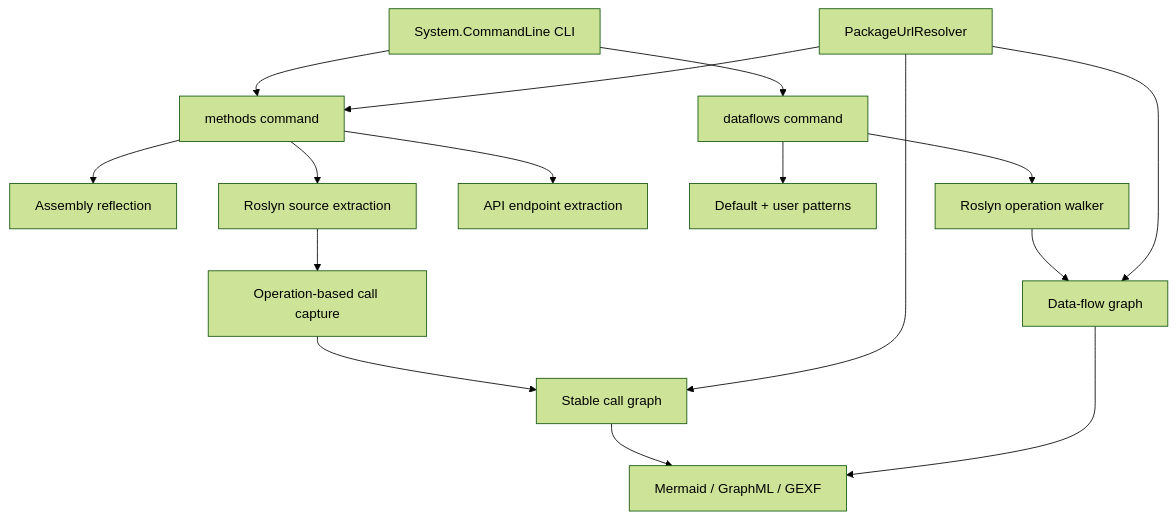
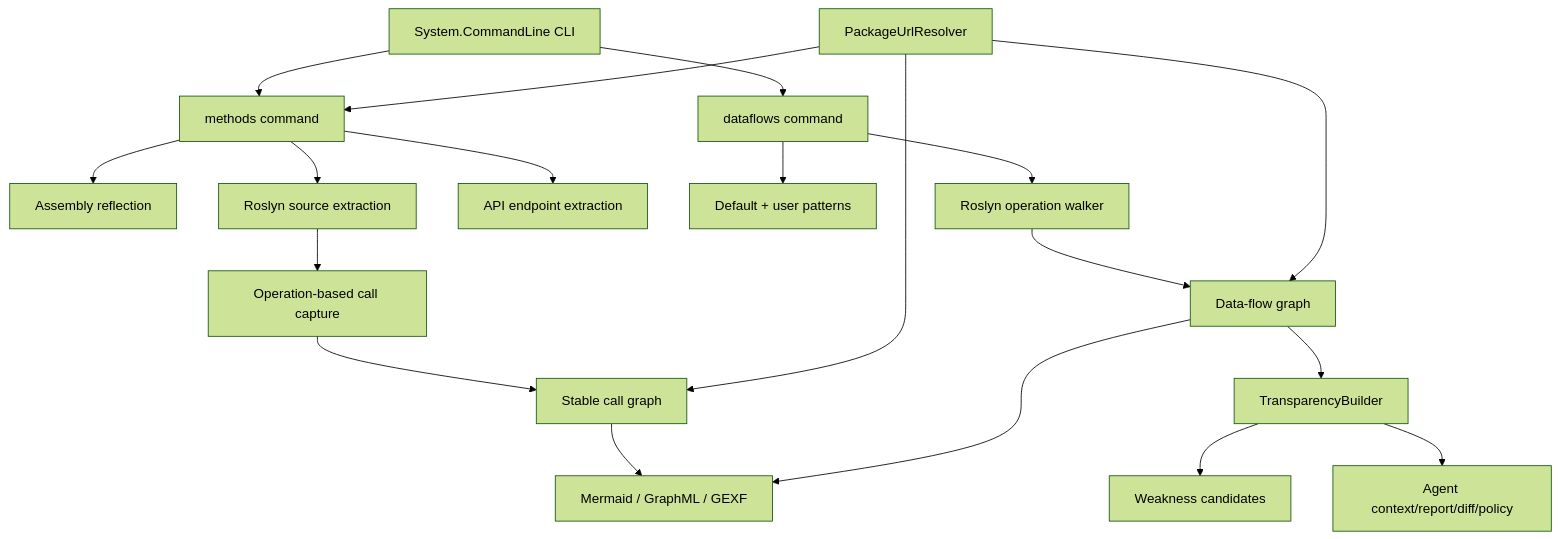
One commit to owasp-dep-scan/dosai changed the first of 2 diagrams in docs/compiler-engineering.md. Above: the diagram before and after it, drawn with Mermaid (forest theme). The commit also changed other lines of this file and 13 other files, not shown here.

First line of the commit message:
Add transparency layer with entrypoints, package reachability, weakness candidates, and agent context/report CLI

````diff
--- a/docs/compiler-engineering.md
+++ b/docs/compiler-engineering.md
@@ -7,18 +7,21 @@
 ```mermaid
 flowchart TD
     CLI[System.CommandLine CLI] --> Methods[methods command]
     CLI --> Dataflows[dataflows command]
     Methods --> Reflection[Assembly reflection]
     Methods --> Source[Roslyn source extraction]
     Methods --> Endpoints[API endpoint extraction]
     Source --> Calls[Operation-based call capture]
     Calls --> CallGraph[Stable call graph]
     Dataflows --> Patterns[Default + user patterns]
     Dataflows --> DFRoslyn[Roslyn operation walker]
     DFRoslyn --> DFGraph[Data-flow graph]
     PURL[PackageUrlResolver] --> Methods
     PURL --> CallGraph
     PURL --> DFGraph
+    DFGraph --> Transparency[TransparencyBuilder]
+    Transparency --> Weakness[Weakness candidates]
+    Transparency --> Agent[Agent context/report/diff/policy]
     CallGraph --> Exporters[Mermaid / GraphML / GEXF]
     DFGraph --> Exporters
 ```
````
